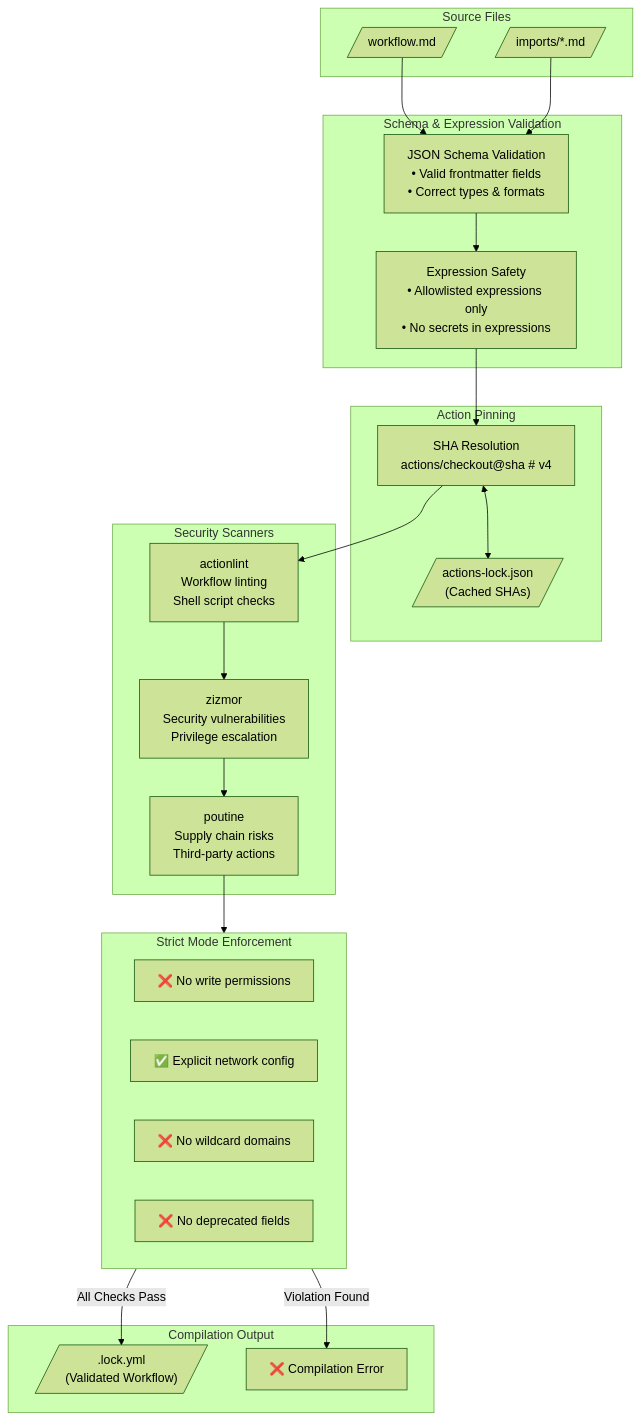
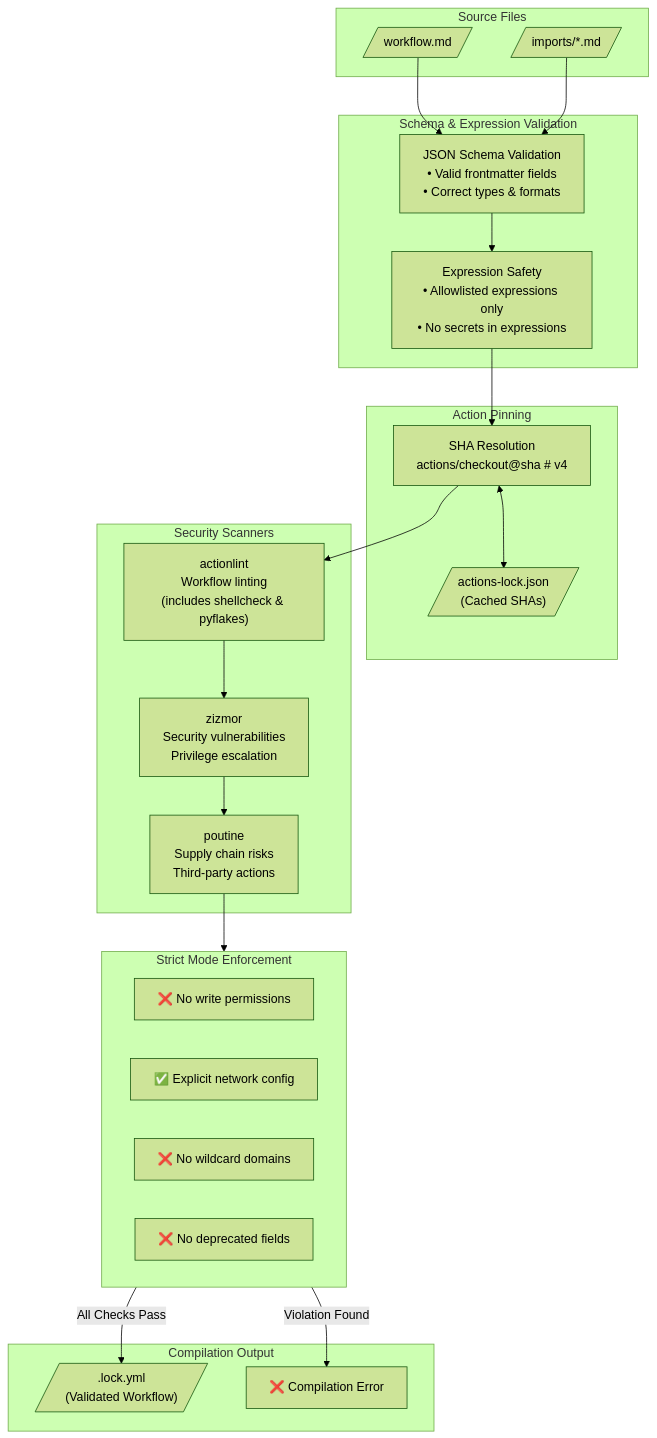
One commit to githubnext/gh-aw changed the sixth of 10 diagrams in docs/src/content/docs/introduction/architecture.mdx. Above: the diagram before and after it, drawn with Mermaid (forest theme). The commit also changed 1 other file, not shown here.

Commit message:
Update actionlint messaging to mention shellcheck and pyflakes

````diff
--- a/docs/src/content/docs/introduction/architecture.mdx
+++ b/docs/src/content/docs/introduction/architecture.mdx
@@ -296,49 +296,49 @@
 ```mermaid
 flowchart TB
     subgraph Source["Source Files"]
         MD[/"workflow.md"/]
         IMPORTS[/"imports/*.md"/]
     end
 
     subgraph Validation["Schema & Expression Validation"]
         SCHEMA["JSON Schema Validation<br/>• Valid frontmatter fields<br/>• Correct types & formats"]
         EXPR["Expression Safety<br/>• Allowlisted expressions only<br/>• No secrets in expressions"]
     end
 
     subgraph Pinning["Action Pinning"]
         SHA["SHA Resolution<br/>actions/checkout@sha # v4"]
         CACHE[/"actions-lock.json<br/>(Cached SHAs)"/]
     end
 
     subgraph Scanners["Security Scanners"]
-        ACTIONLINT["actionlint<br/>Workflow linting<br/>Shell script checks"]
+        ACTIONLINT["actionlint<br/>Workflow linting<br/>(includes shellcheck & pyflakes)"]
         ZIZMOR["zizmor<br/>Security vulnerabilities<br/>Privilege escalation"]
         POUTINE["poutine<br/>Supply chain risks<br/>Third-party actions"]
     end
 
     subgraph Strict["Strict Mode Enforcement"]
         PERMS["❌ No write permissions"]
         NETWORK["✅ Explicit network config"]
         WILDCARD["❌ No wildcard domains"]
         DEPRECATED["❌ No deprecated fields"]
     end
 
     subgraph Output["Compilation Output"]
         LOCK[/".lock.yml<br/>(Validated Workflow)"/]
         ERROR["❌ Compilation Error"]
     end
 
     MD --> SCHEMA
     IMPORTS --> SCHEMA
     SCHEMA --> EXPR
     EXPR --> SHA
     SHA <--> CACHE
 
     SHA --> ACTIONLINT
     ACTIONLINT --> ZIZMOR
     ZIZMOR --> POUTINE
     POUTINE --> Strict
 
     Strict -->|"All Checks Pass"| LOCK
     Strict -->|"Violation Found"| ERROR
 ```
````
